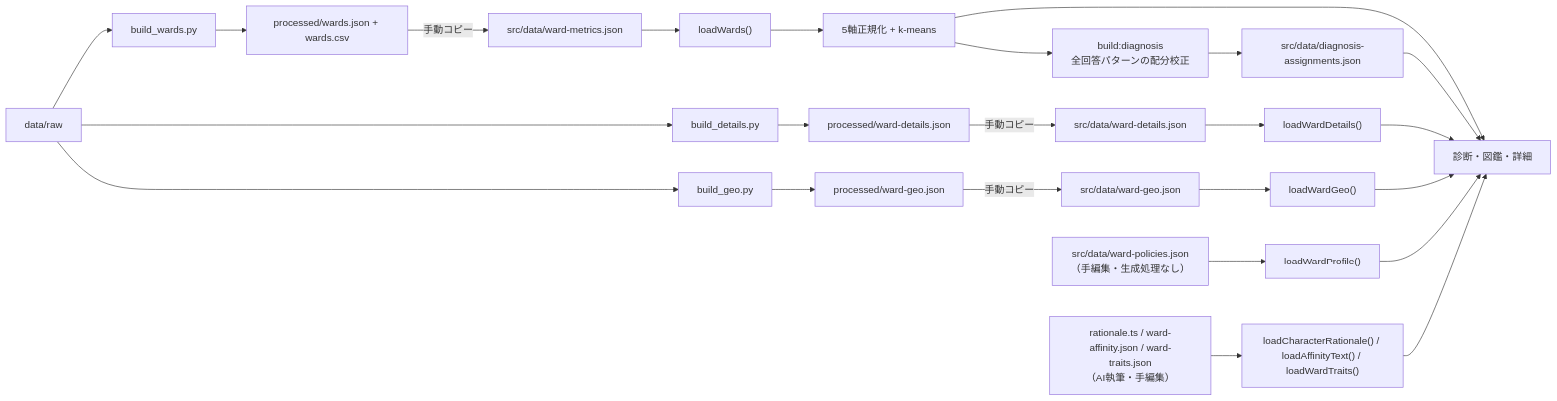
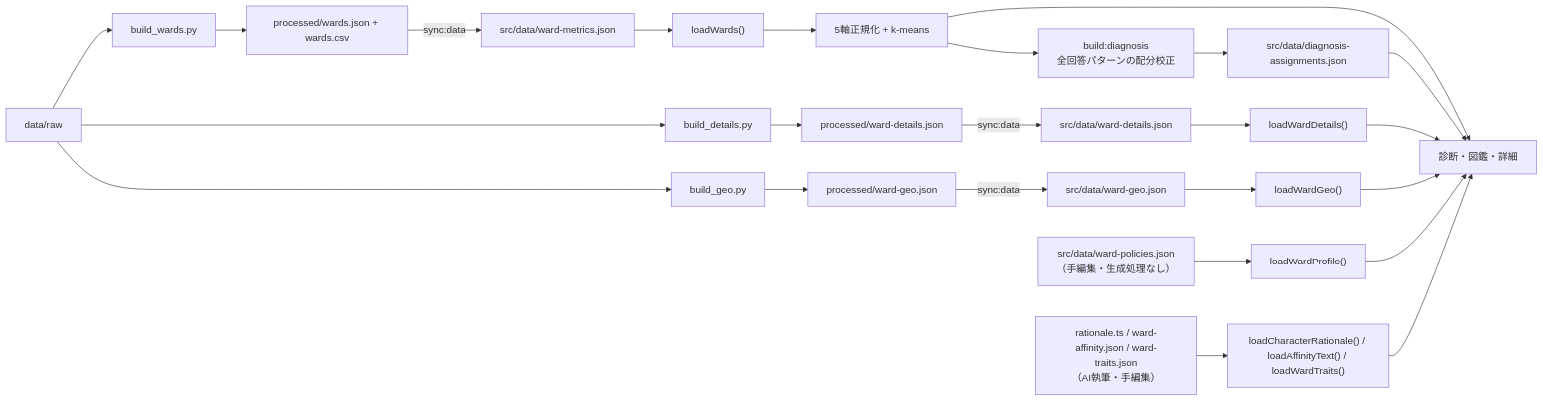
Before and after one commit to FukaseDaichi/TokyoOpenDataHackathon: the diagram in docs/system-design/04-data-design.md, drawn with Mermaid. The commit also changed other lines of this file and 5 other files, not shown here.

First line of the commit message:
build: processed→src/dataの同期をnpm run sync:data化しparityテストを追加

````diff
--- a/docs/system-design/04-data-design.md
+++ b/docs/system-design/04-data-design.md
@@ -101,27 +101,27 @@
 ```mermaid
 flowchart LR
   Raw["data/raw"] --> WardsPy["build_wards.py"]
   Raw --> DetailsPy["build_details.py"]
   Raw --> GeoPy["build_geo.py"]
   WardsPy --> WardsProcessed["processed/wards.json + wards.csv"]
   DetailsPy --> DetailsProcessed["processed/ward-details.json"]
   GeoPy --> GeoProcessed["processed/ward-geo.json"]
-  WardsProcessed -->|手動コピー| WardsBundle["src/data/ward-metrics.json"]
-  DetailsProcessed -->|手動コピー| DetailsBundle["src/data/ward-details.json"]
-  GeoProcessed -->|手動コピー| GeoBundle["src/data/ward-geo.json"]
+  WardsProcessed -->|sync:data| WardsBundle["src/data/ward-metrics.json"]
+  DetailsProcessed -->|sync:data| DetailsBundle["src/data/ward-details.json"]
+  GeoProcessed -->|sync:data| GeoBundle["src/data/ward-geo.json"]
   PoliciesJson["src/data/ward-policies.json\n（手編集・生成処理なし）"]
   Normalize --> DiagnosisBuild["build:diagnosis\n全回答パターンの配分校正"]
   DiagnosisBuild --> DiagnosisBundle["src/data/diagnosis-assignments.json"]
   WardsBundle --> Loader["loadWards()"]
   DetailsBundle --> DetailLoader["loadWardDetails()"]
   GeoBundle --> GeoLoader["loadWardGeo()"]
   PoliciesJson --> ProfileLoader["loadWardProfile()"]
   Editorial["rationale.ts / ward-affinity.json / ward-traits.json\n（AI執筆・手編集）"] --> EditorialLoaders["loadCharacterRationale() / loadAffinityText() / loadWardTraits()"]
   Loader --> Normalize["5軸正規化 + k-means"]
   Normalize --> UI["診断・図鑑・詳細"]
   DiagnosisBundle --> UI
   DetailLoader --> UI
   GeoLoader --> UI
   ProfileLoader --> UI
   EditorialLoaders --> UI
 ```
````
